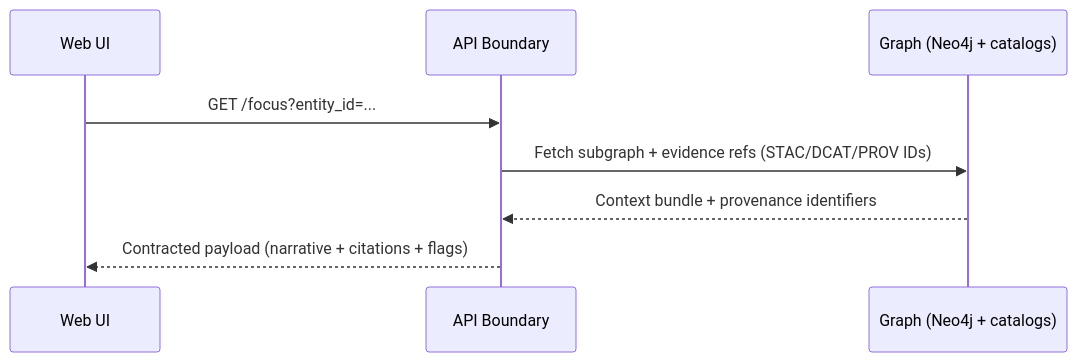
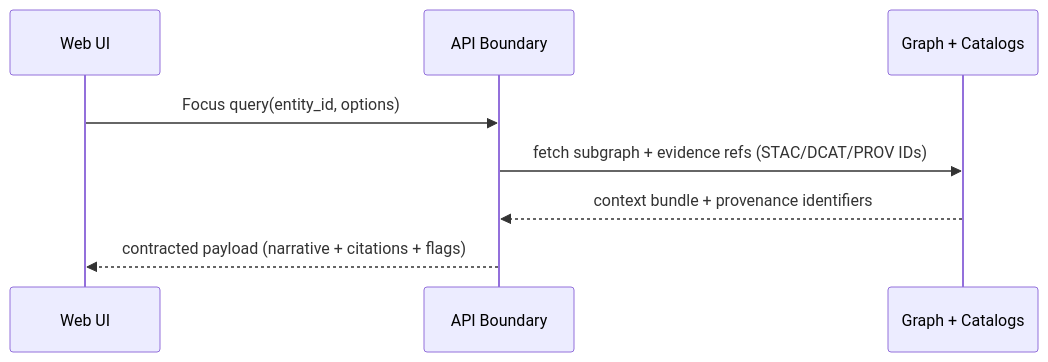
Before and after one commit to bartytime4life/Kansas-Frontier-Matrix: the second of 2 diagrams in web/README.md, drawn with Mermaid. The commit also changed other lines of this file, not shown here.

```diff
--- a/web/README.md
+++ b/web/README.md
@@ -186,11 +218,11 @@
 ~~~mermaid
 sequenceDiagram
   participant UI as Web UI
   participant API as API Boundary
-  participant Graph as Graph (Neo4j + catalogs)
+  participant Graph as Graph + Catalogs
 
-  UI->>API: GET /focus?entity_id=...
-  API->>Graph: Fetch subgraph + evidence refs (STAC/DCAT/PROV IDs)
-  Graph-->>API: Context bundle + provenance identifiers
-  API-->>UI: Contracted payload (narrative + citations + flags)
+  UI->>API: Focus query(entity_id, options)
+  API->>Graph: fetch subgraph + evidence refs (STAC/DCAT/PROV IDs)
+  Graph-->>API: context bundle + provenance identifiers
+  API-->>UI: contracted payload (narrative + citations + flags)
 ~~~
```
